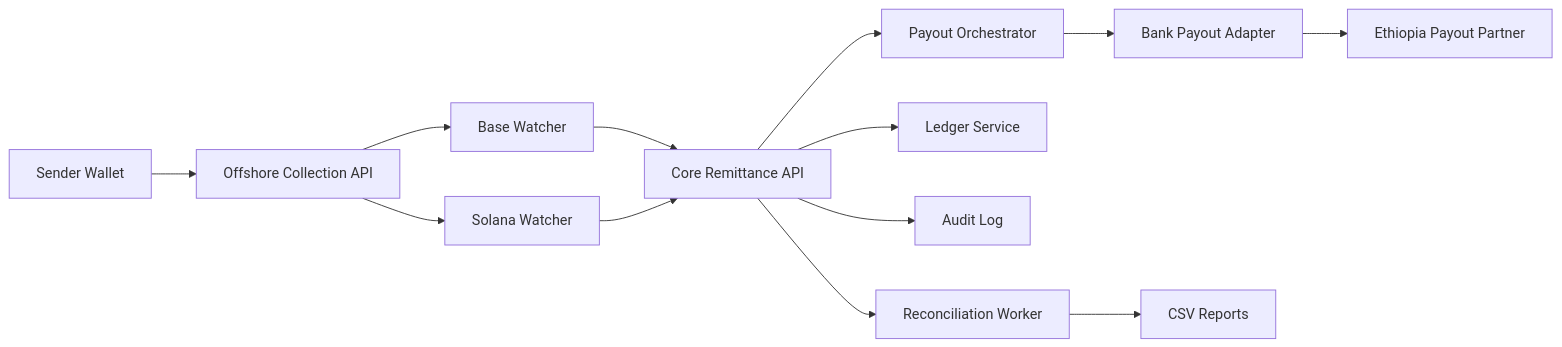
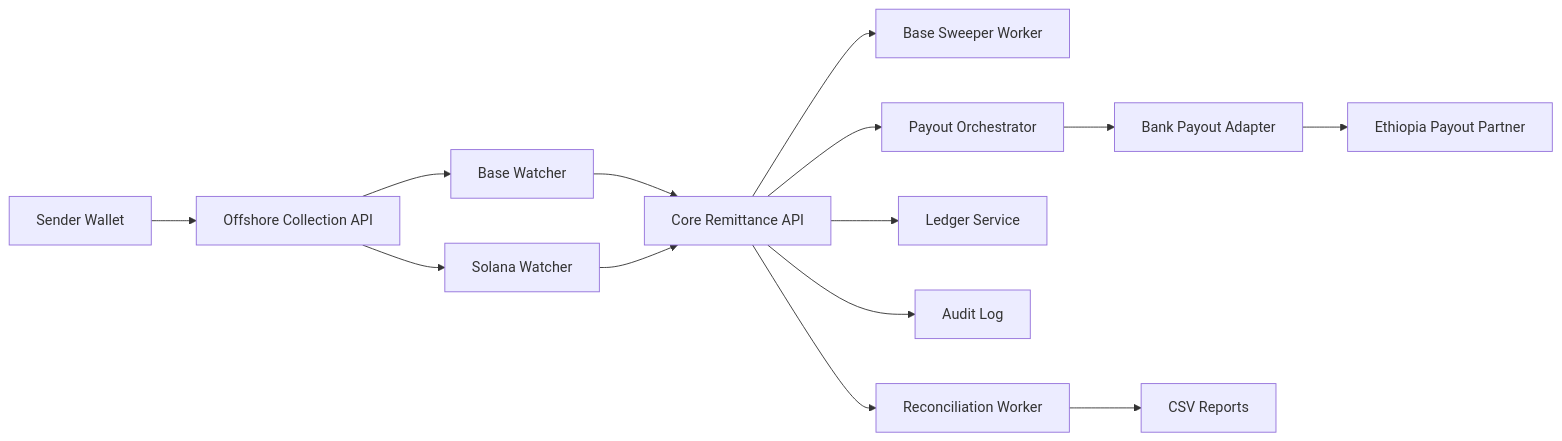
Before and after one commit to ephremdeme/glowing-train: the diagram in docs/ARCHITECTURE.md, drawn with Mermaid. The commit also changed other lines of this file and 3 other files, not shown here.

````diff
--- a/docs/ARCHITECTURE.md
+++ b/docs/ARCHITECTURE.md
@@ -10,15 +10,16 @@
 ```mermaid
 flowchart LR
     A[Sender Wallet] --> B[Offshore Collection API]
     B --> C[Base Watcher]
     B --> D[Solana Watcher]
     C --> E[Core Remittance API]
     D --> E[Core Remittance API]
+    E --> H[Base Sweeper Worker]
     E --> F[Payout Orchestrator]
     F --> G[Bank Payout Adapter]
     G --> I[Ethiopia Payout Partner]
     E --> J[Ledger Service]
     E --> K[Audit Log]
     E --> L[Reconciliation Worker]
     L --> M[CSV Reports]
 ```
````
